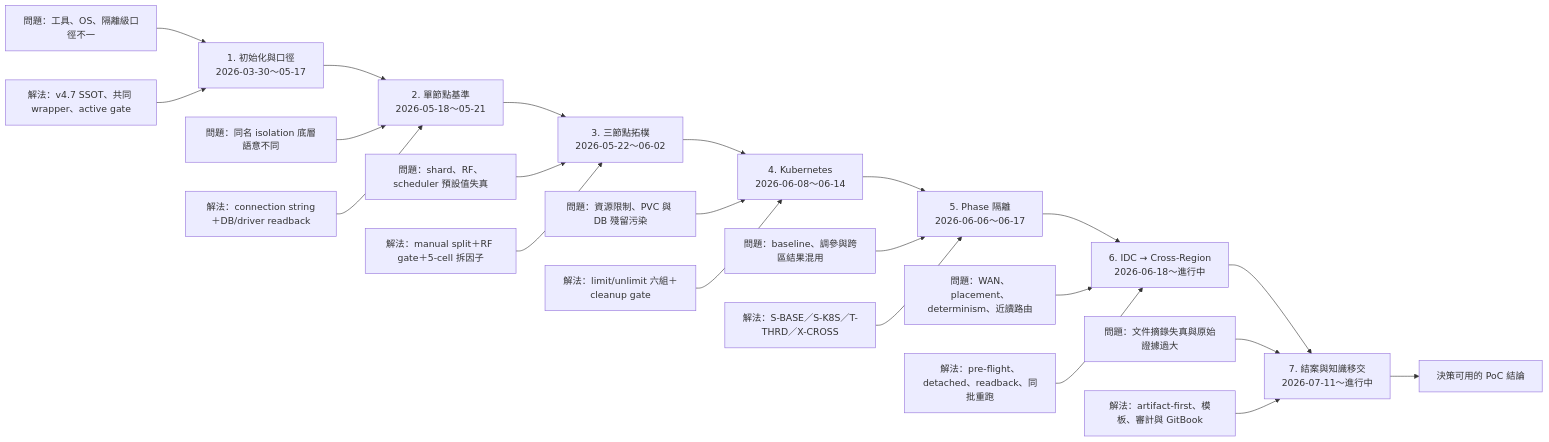
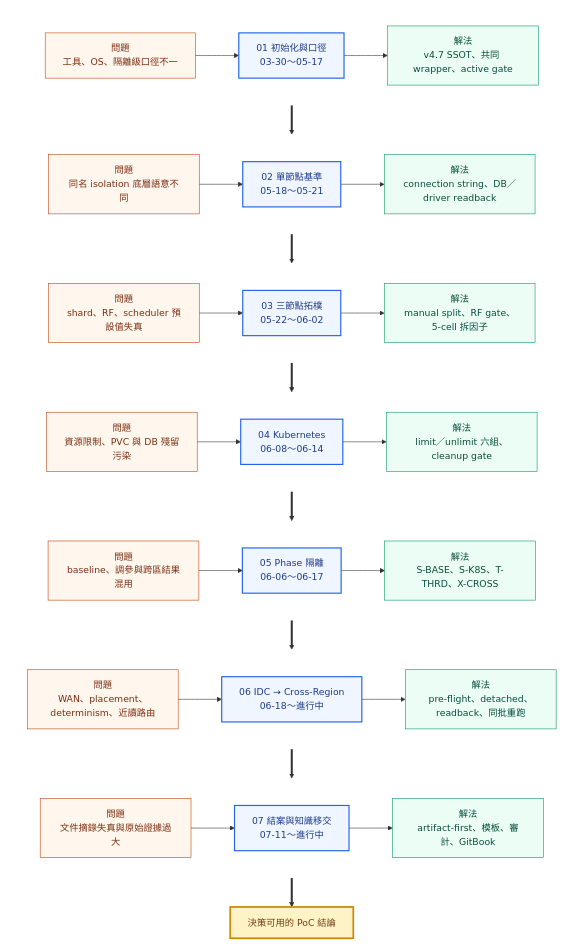
One commit to heavenruler/dba_career changed the first of 2 diagrams in poc/MILESTONES.md. Above: the diagram before and after it, drawn with Mermaid. The commit also changed other lines of this file, not shown here.

Commit message:
docs: render milestone fishbone vertically

````diff
--- a/poc/MILESTONES.md
+++ b/poc/MILESTONES.md
@@ -49,34 +51,55 @@
 ```mermaid
-flowchart LR
-    P1["1. 初始化與口徑<br/>2026-03-30～05-17"]
-    P2["2. 單節點基準<br/>2026-05-18～05-21"]
-    P3["3. 三節點拓樸<br/>2026-05-22～06-02"]
-    P4["4. Kubernetes<br/>2026-06-08～06-14"]
-    P5["5. Phase 隔離<br/>2026-06-06～06-17"]
-    P6["6. IDC → Cross-Region<br/>2026-06-18～進行中"]
-    P7["7. 結案與知識移交<br/>2026-07-11～進行中"]
-    H["決策可用的 PoC 結論"]
+flowchart TB
+    subgraph R1[" "]
+        direction LR
+        I1["問題<br/>工具、OS、隔離級口徑不一"] --> P1["01 初始化與口徑<br/>03-30～05-17"] --> S1["解法<br/>v4.7 SSOT、共同 wrapper、active gate"]
+    end
 
-    P1 --> P2 --> P3 --> P4 --> P5 --> P6 --> P7 --> H
+    subgraph R2[" "]
+        direction LR
+        I2["問題<br/>同名 isolation 底層語意不同"] --> P2["02 單節點基準<br/>05-18～05-21"] --> S2["解法<br/>connection string、DB／driver readback"]
+    end
 
-    I1["問題：工具、OS、隔離級口徑不一"] --> P1
-    S1["解法：v4.7 SSOT、共同 wrapper、active gate"] --> P1
+    subgraph R3[" "]
+        direction LR
+        I3["問題<br/>shard、RF、scheduler 預設值失真"] --> P3["03 三節點拓樸<br/>05-22～06-02"] --> S3["解法<br/>manual split、RF gate、5-cell 拆因子"]
+    end
 
-    I2["問題：同名 isolation 底層語意不同"] --> P2
-    S2["解法：connection string＋DB/driver readback"] --> P2
+    subgraph R4[" "]
+        direction LR
+        I4["問題<br/>資源限制、PVC 與 DB 殘留污染"] --> P4["04 Kubernetes<br/>06-08～06-14"] --> S4["解法<br/>limit／unlimit 六組、cleanup gate"]
+    end
 
-    I3["問題：shard、RF、scheduler 預設值失真"] --> P3
-    S3["解法：manual split＋RF gate＋5-cell 拆因子"] --> P3
+    subgraph R5[" "]
+        direction LR
+        I5["問題<br/>baseline、調參與跨區結果混用"] --> P5["05 Phase 隔離<br/>06-06～06-17"] --> S5["解法<br/>S-BASE、S-K8S、T-THRD、X-CROSS"]
+    end
 
-    I4["問題：資源限制、PVC 與 DB 殘留污染"] --> P4
-    S4["解法：limit/unlimit 六組＋cleanup gate"] --> P4
+    subgraph R6[" "]
+        direction LR
+        I6["問題<br/>WAN、placement、determinism、近讀路由"] --> P6["06 IDC → Cross-Region<br/>06-18～進行中"] --> S6["解法<br/>pre-flight、detached、readback、同批重跑"]
+    end
 
-    I5["問題：baseline、調參與跨區結果混用"] --> P5
-    S5["解法：S-BASE／S-K8S／T-THRD／X-CROSS"] --> P5
+    subgraph R7[" "]
+        direction LR
+        I7["問題<br/>文件摘錄失真與原始證據過大"] --> P7["07 結案與知識移交<br/>07-11～進行中"] --> S7["解法<br/>artifact-first、模板、審計、GitBook"]
+    end
 
-    I6["問題：WAN、placement、determinism、近讀路由"] --> P6
-    S6["解法：pre-flight、detached、readback、同批重跑"] --> P6
+    P1 ==> P2 ==> P3 ==> P4 ==> P5 ==> P6 ==> P7 ==> H["決策可用的 PoC 結論"]
 
-    I7["問題：文件摘錄失真與原始證據過大"] --> P7
-    S7["解法：artifact-first、模板、審計與 GitBook"] --> P7
+    classDef issue fill:#fff7ed,stroke:#c2410c,color:#7c2d12,stroke-width:1px
+    classDef stage fill:#eff6ff,stroke:#2563eb,color:#1e3a8a,stroke-width:2px
+    classDef solution fill:#ecfdf5,stroke:#059669,color:#064e3b,stroke-width:1px
+    classDef outcome fill:#fef3c7,stroke:#ca8a04,color:#713f12,stroke-width:3px
+    class I1,I2,I3,I4,I5,I6,I7 issue
+    class P1,P2,P3,P4,P5,P6,P7 stage
+    class S1,S2,S3,S4,S5,S6,S7 solution
+    class H outcome
+    style R1 fill:none,stroke:none
+    style R2 fill:none,stroke:none
+    style R3 fill:none,stroke:none
+    style R4 fill:none,stroke:none
+    style R5 fill:none,stroke:none
+    style R6 fill:none,stroke:none
+    style R7 fill:none,stroke:none
 ```
````
